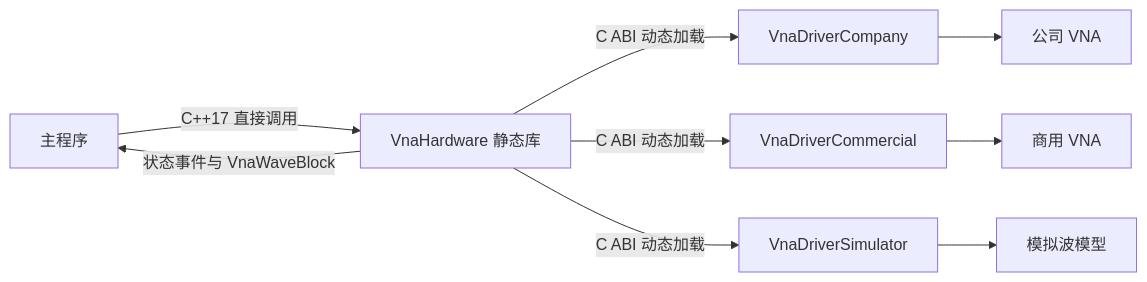
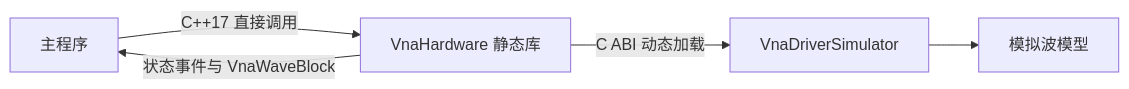
The first of 9 diagrams in docs/硬件适配层软件设计.md (aniping/VnaPro), drawn with Mermaid before and after one commit. The commit also changed other lines of this file and 2 other files, not shown here.

````diff
--- a/docs/硬件适配层软件设计.md
+++ b/docs/硬件适配层软件设计.md
@@ -20,11 +20,7 @@
 ```mermaid
 flowchart LR
     Main[主程序] -->|C++17 直接调用| Hal[VnaHardware 静态库]
-    Hal -->|C ABI 动态加载| Company[VnaDriverCompany]
-    Hal -->|C ABI 动态加载| Commercial[VnaDriverCommercial]
     Hal -->|C ABI 动态加载| Simulator[VnaDriverSimulator]
-    Company --> CompanyDevice[公司 VNA]
-    Commercial --> CommercialDevice[商用 VNA]
     Simulator --> Model[模拟波模型]
     Hal -->|状态事件与 VnaWaveBlock| Main
 ```
````
